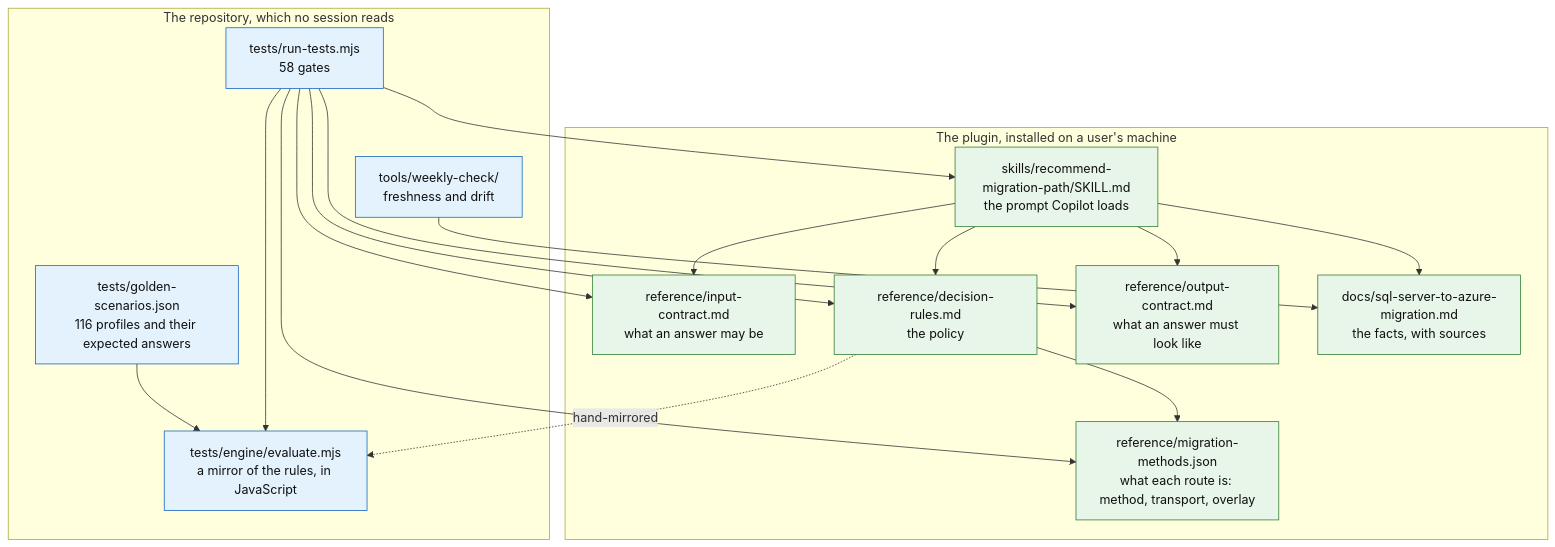
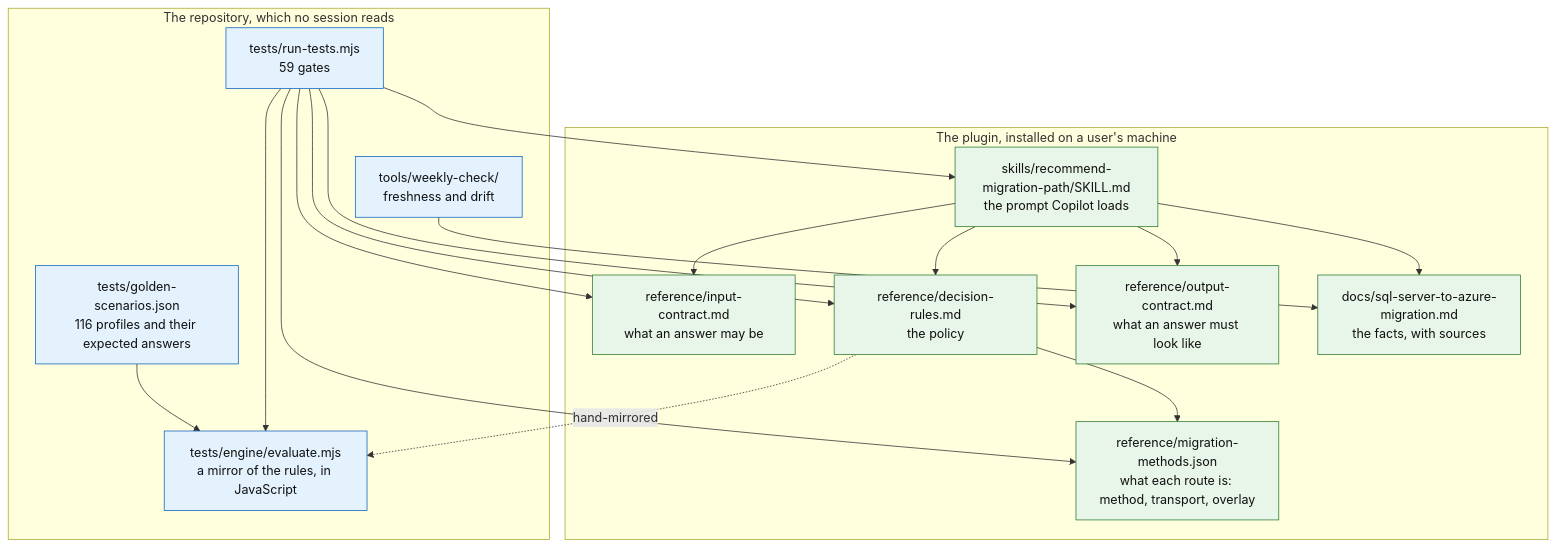
Before and after one commit to fredgis/sql-migration-advisor: the first of 3 diagrams in docs/ARCHITECTURE.md, drawn with Mermaid. The commit also changed other lines of this file and 17 other files, not shown here.

````diff
--- a/docs/ARCHITECTURE.md
+++ b/docs/ARCHITECTURE.md
@@ -28,38 +28,38 @@
 ```mermaid
 flowchart TD
     subgraph plugin["The plugin, installed on a user's machine"]
       SK["skills/recommend-migration-path/SKILL.md<br/>the prompt Copilot loads"]
       IC["reference/input-contract.md<br/>what an answer may be"]
       DR["reference/decision-rules.md<br/>the policy"]
       OC["reference/output-contract.md<br/>what an answer must look like"]
       MM["reference/migration-methods.json<br/>what each route is: method, transport, overlay"]
       KB["docs/sql-server-to-azure-migration.md<br/>the facts, with sources"]
     end
 
     subgraph repo["The repository, which no session reads"]
       EN["tests/engine/evaluate.mjs<br/>a mirror of the rules, in JavaScript"]
       GS["tests/golden-scenarios.json<br/>116 profiles and their expected answers"]
-      GA["tests/run-tests.mjs<br/>58 gates"]
+      GA["tests/run-tests.mjs<br/>59 gates"]
       WK["tools/weekly-check/<br/>freshness and drift"]
     end
 
     SK --> IC
     SK --> DR
     SK --> OC
     SK --> KB
     DR --> MM
     DR -.->|hand-mirrored| EN
     GS --> EN
     GA --> EN
     GA --> SK
     GA --> IC
     GA --> DR
     GA --> OC
     GA --> MM
     WK --> KB
 
     classDef live fill:#e8f5e9,stroke:#2e7d32,color:#111
     classDef test fill:#e3f2fd,stroke:#1565c0,color:#111
     class SK,IC,DR,OC,KB,MM live
     class EN,GS,GA,WK test
 ```
````
